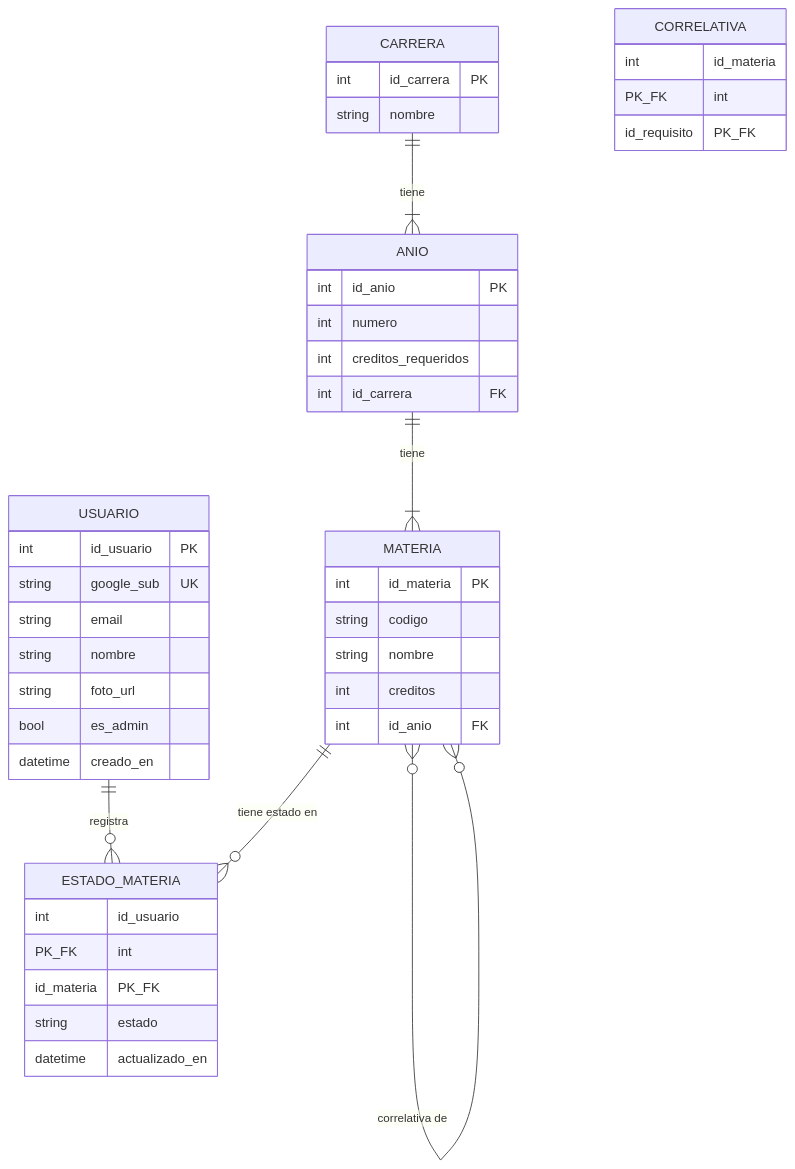
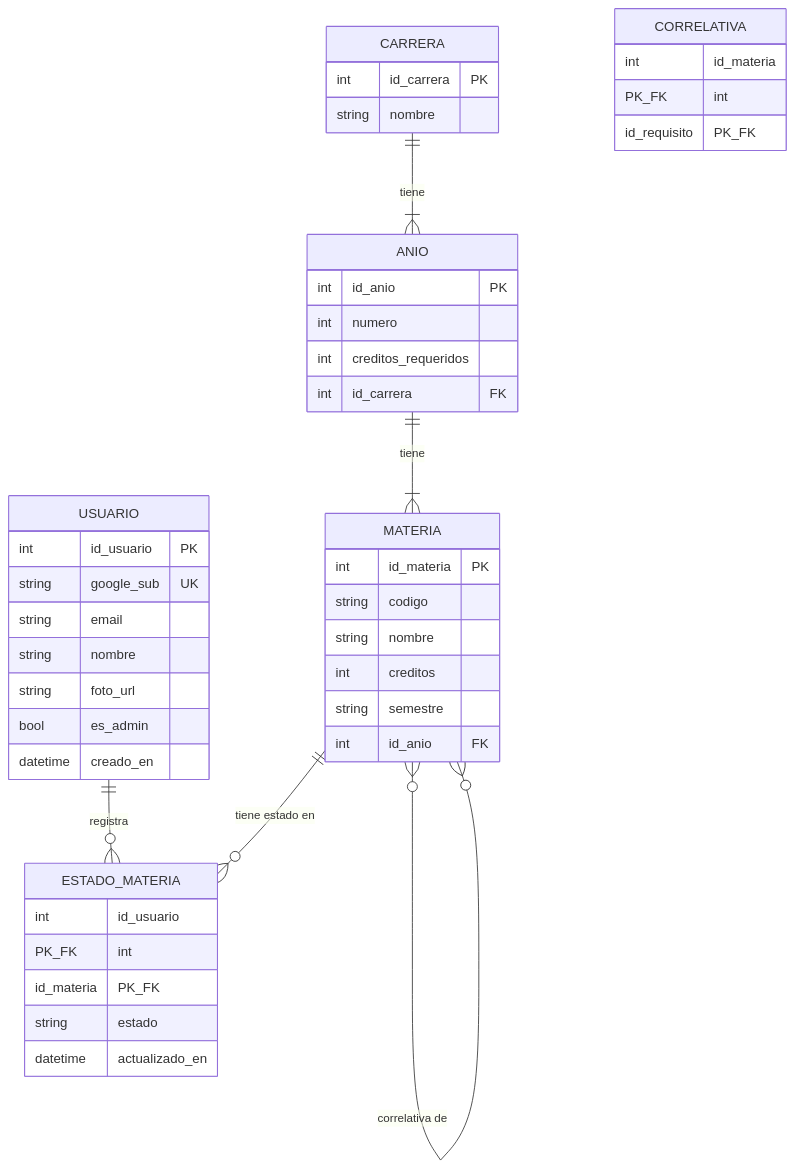
Before and after one commit to checorazza/um-plan-interactivo: the diagram in docs/modelo_datos.md, drawn with Mermaid. The commit also changed other lines of this file and 20 other files, not shown here.

````diff
--- a/docs/modelo_datos.md
+++ b/docs/modelo_datos.md
@@ -7,45 +7,46 @@
 ```mermaid
 erDiagram
     CARRERA ||--|{ ANIO : tiene
     ANIO ||--|{ MATERIA : tiene
     MATERIA }o--o{ MATERIA : "correlativa de"
     USUARIO ||--o{ ESTADO_MATERIA : registra
     MATERIA ||--o{ ESTADO_MATERIA : "tiene estado en"
 
     CARRERA {
         int id_carrera PK
         string nombre
     }
     ANIO {
         int id_anio PK
         int numero
         int creditos_requeridos
         int id_carrera FK
     }
     MATERIA {
         int id_materia PK
         string codigo
         string nombre
         int creditos
+        string semestre
         int id_anio FK
     }
     CORRELATIVA {
         int id_materia PK_FK
         int id_requisito PK_FK
     }
     USUARIO {
         int id_usuario PK
         string google_sub UK
         string email
         string nombre
         string foto_url
         bool es_admin
         datetime creado_en
     }
     ESTADO_MATERIA {
         int id_usuario PK_FK
         int id_materia PK_FK
         string estado
         datetime actualizado_en
     }
 ```
````
